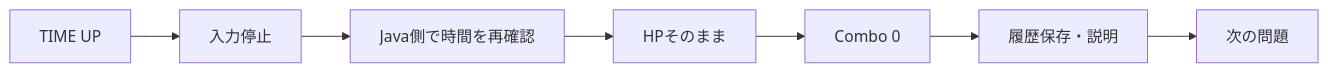
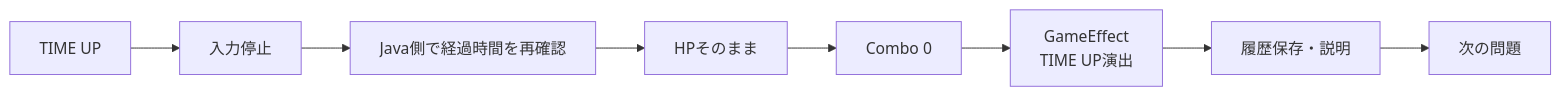
One commit to suu-dev-0203/graduation_JAVAgame changed the seventh of 30 diagrams in README.md. Above: the diagram before and after it, drawn with Mermaid. The commit also changed other lines of this file, not shown here.

````diff
--- a/README.md
+++ b/README.md
@@ -260,9 +332,10 @@
 ```mermaid
 flowchart LR
     A[TIME UP] --> B[入力停止]
-    B --> C[Java側で時間を再確認]
+    B --> C[Java側で経過時間を再確認]
     C --> D[HPそのまま]
     D --> E[Combo 0]
-    E --> F[履歴保存・説明]
-    F --> G[次の問題]
+    E --> F[GameEffect<br/>TIME UP演出]
+    F --> G[履歴保存・説明]
+    G --> H[次の問題]
 ```
````
